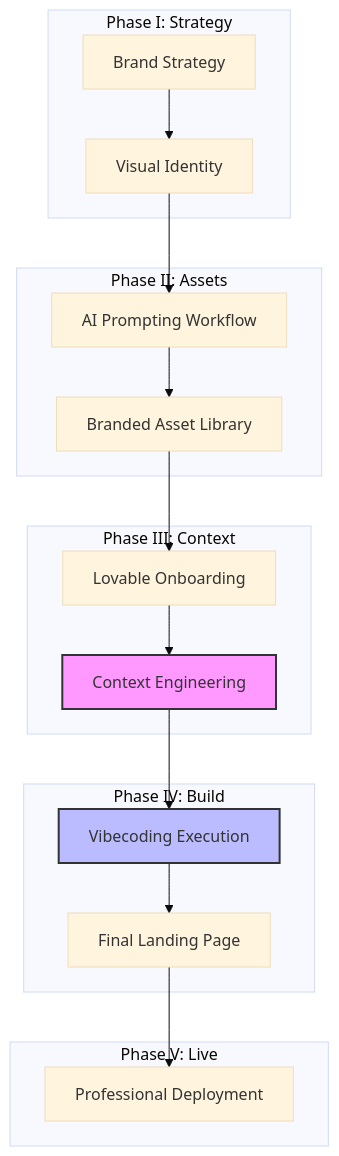
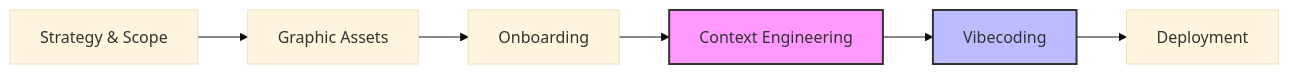
The diagram in README.md (acculturation-numerique-fr/landing-page), drawn with Mermaid (base theme) before and after one commit. The commit also changed other lines of this file, not shown here.

Commit message:
docs: add horizontal workflow diagram to header

````diff
--- a/README.md
+++ b/README.md
@@ -137,24 +47,11 @@
 ```mermaid
-graph TD
-    subgraph "Phase I: Strategy"
-        A[Brand Strategy] --> B[Visual Identity]
-    end
-    subgraph "Phase II: Assets"
-        B --> C[AI Prompting Workflow]
-        C --> D[Branded Asset Library]
-    end
-    subgraph "Phase III: Context"
-        D --> E[Lovable Onboarding]
-        E --> F[Context Engineering]
-    end
-    subgraph "Phase IV: Build"
-        F --> G[Vibecoding Execution]
-        G --> H[Final Landing Page]
-    end
-    subgraph "Phase V: Live"
-        H --> I[Professional Deployment]
-    end
+graph LR
+    A[Strategy & Scope] --> B[Graphic Assets]
+    B --> C[Onboarding]
+    C --> D[Context Engineering]
+    D --> E[Vibecoding]
+    E --> F[Deployment]
     
-    style F fill:#f9f,stroke:#333,stroke-width:2px
-    style G fill:#bbf,stroke:#333,stroke-width:2px
+    style D fill:#f9f,stroke:#333,stroke-width:2px
+    style E fill:#bbf,stroke:#333,stroke-width:2px
 ```
````
